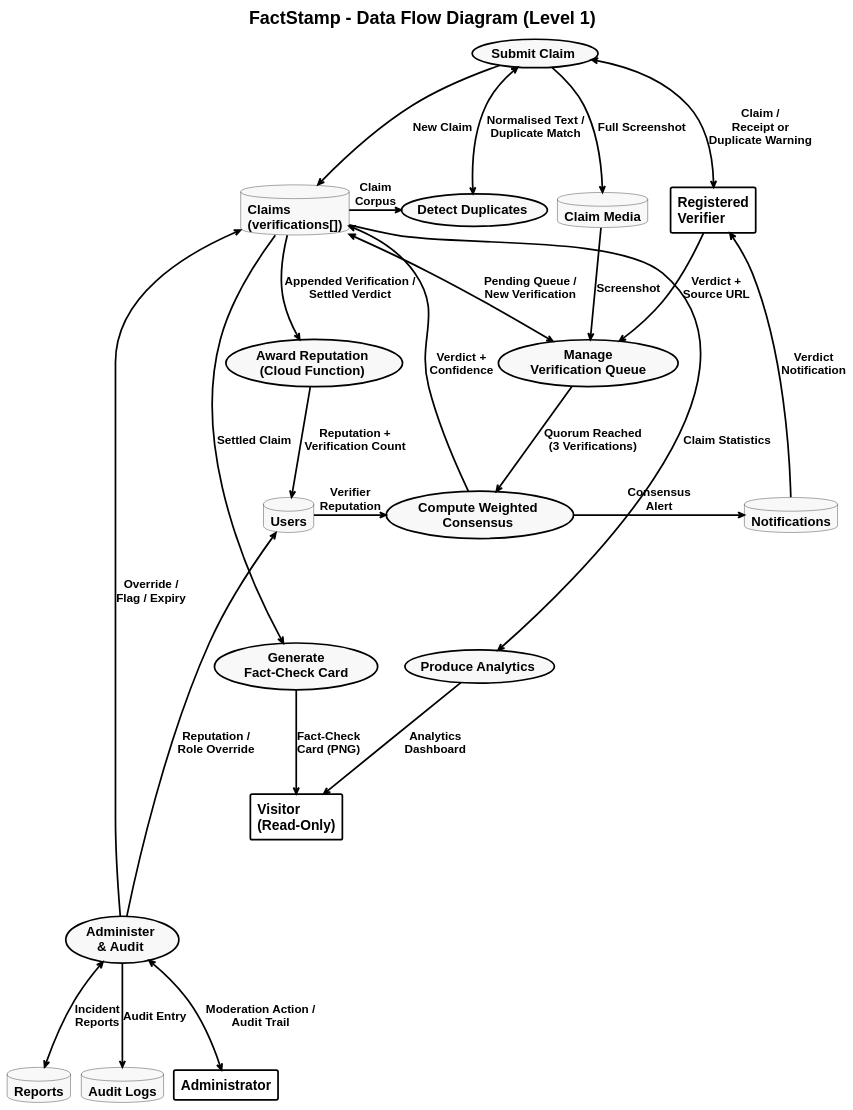
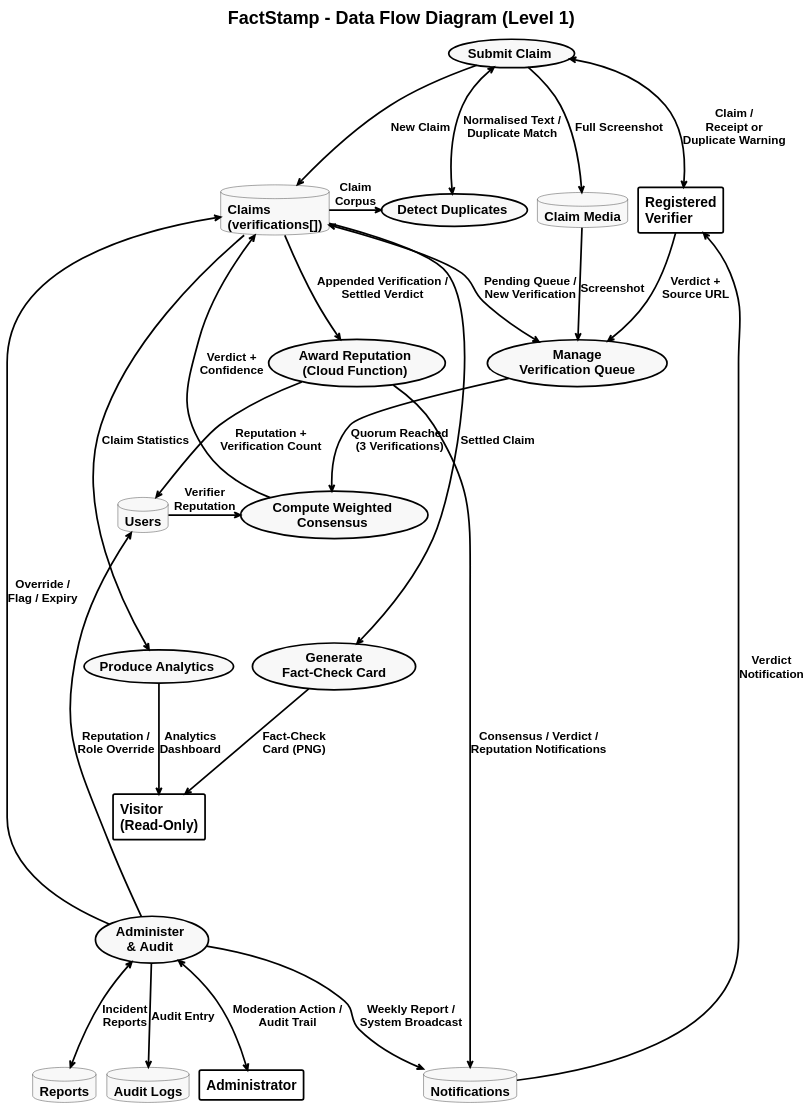
The diagram in FactStamp/main_blackbook/03_Requirements_and_Analysis/attachments/dfd_level_1.puml (aadish0day/typst), drawn with PlantUML before and after one commit. The commit also changed other lines of this file and 59 other files, not shown here.

```diff
--- a/FactStamp/main_blackbook/03_Requirements_and_Analysis/attachments/dfd_level_1.puml
+++ b/FactStamp/main_blackbook/03_Requirements_and_Analysis/attachments/dfd_level_1.puml
@@ -25,98 +28,99 @@
 @startuml
 skinparam style strictuml
 skinparam monochrome true
 skinparam defaultFontName "Liberation Sans"
 skinparam defaultFontSize 20
 skinparam defaultFontStyle bold
 skinparam titleFontSize 26
 skinparam titleFontStyle bold
 
 ' Rule 5 (portrait): stretch ranks apart, squeeze columns together.
 skinparam ranksep 110
 skinparam nodesep 15
 
 skinparam backgroundColor white
 skinparam ArrowColor black
 skinparam ArrowThickness 2.5
 skinparam ArrowFontSize 17
 skinparam ArrowFontStyle bold
 
 skinparam UsecaseBorderColor black
 skinparam UsecaseBorderThickness 2.5
 skinparam UsecaseBackgroundColor #F8F9FA
 skinparam UsecaseFontSize 19
 skinparam UsecaseFontStyle bold
 
 skinparam RectangleBorderColor black
 skinparam RectangleBorderThickness 2.5
 skinparam RectangleBackgroundColor transparent
 skinparam RectangleFontSize 20
 skinparam RectangleFontStyle bold
 
 skinparam DatabaseBorderColor black
 skinparam DatabaseBackgroundColor #F8F9FA
 skinparam DatabaseFontSize 19
 skinparam DatabaseFontStyle bold
 
 title FactStamp - Data Flow Diagram (Level 1)
 
 ' ---------- Nodes, declared top to bottom ----------
 rectangle "Registered\nVerifier" as VER
 usecase "Submit Claim" as P1
 usecase "Detect Duplicates" as P2
 database "Claims\n(verifications[])" as D1
 database "Claim Media" as D6
 usecase "Manage\nVerification Queue" as P3
 usecase "Compute Weighted\nConsensus" as P4
 database "Users" as D2
 usecase "Award Reputation\n(Cloud Function)" as P8
 database "Notifications" as D3
 usecase "Produce Analytics" as P6
 usecase "Generate\nFact-Check Card" as P5
 rectangle "Visitor\n(Read-Only)" as VIS
 usecase "Administer\n& Audit" as P7
 database "Reports" as D4
 database "Audit Logs" as D5
 rectangle "Administrator" as ADM
 
 ' ---------- Spine ----------
 D1  -[hidden]right- D6
 D2  -[hidden]right- P4
 P4  -[hidden]down- P5
 P4  -[hidden]down- P6
 VIS -[hidden]down- P7
 
 ' ---------- 1.0 and 2.0: submission ----------
 P1 <-right-> VER : "Claim /\nReceipt or\nDuplicate Warning"
 P1  <--> P2 : "Normalised Text /\nDuplicate Match"
 P1  --> D1 : "New Claim"
 P1  --> D6 : "Full Screenshot"
 D1  -left-> P2 : "Claim\nCorpus"
 
 ' ---------- 3.0 and 4.0: verification and consensus ----------
 VER --> P3 : "Verdict +\nSource URL"
 D1  <--> P3 : "Pending Queue /\nNew Verification"
 D6  --> P3 : "Screenshot"
 P3  --> P4 : "Quorum Reached\n(3 Verifications)"
 D2  -[norank]-> P4 : "Verifier\nReputation"
 D1 <-- P4 : "Verdict +\nConfidence"
-P4  -right-> D3 : "Consensus\nAlert"
 VER <-- D3 : "Verdict\nNotification"
 
 ' ---------- 8.0: server-side reputation (Admin SDK trigger on claims/{claimId}) ----------
 D1  --> P8 : "Appended Verification /\nSettled Verdict"
 P8  --> D2 : "Reputation +\nVerification Count"
+P8  --> D3 : "Consensus / Verdict /\nReputation Notifications"
 
 ' ---------- 5.0 and 6.0: public outputs ----------
 D1  --> P5 : "Settled Claim"
 D1  --> P6 : "Claim Statistics"
 P5  --> VIS : "Fact-Check\nCard (PNG)"
 P6  --> VIS : "Analytics\nDashboard"
 
 ' ---------- 7.0: administration ----------
 ADM <-up-> P7 : "Moderation Action /\nAudit Trail"
 P7  <--> D4 : "Incident\nReports"
 P7  --> D5 : "Audit Entry"
+P7  --> D3 : "Weekly Report /\nSystem Broadcast"
 D1 <-- P7 : "Override /\nFlag / Expiry"
 D2 <-[norank]- P7 : "Reputation /\nRole Override"
 @enduml
```
